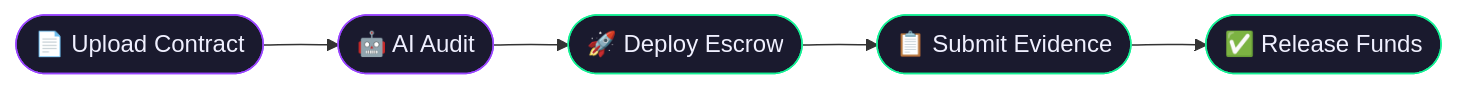
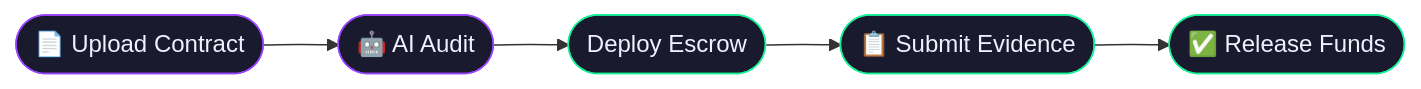
One commit to ContracGuardAI/frontend changed the diagram in docs/README.md. Above: the diagram before and after it, drawn with Mermaid. The commit also changed other lines of this file and 6 other files, not shown here.

````diff
--- a/docs/README.md
+++ b/docs/README.md
@@ -37,13 +35,13 @@
 ```mermaid
 flowchart LR
     A([📄 Upload Contract]) --> B([🤖 AI Audit])
-    B --> C([🚀 Deploy Escrow])
+    B --> C([Deploy Escrow])
     C --> D([📋 Submit Evidence])
     D --> E([✅ Release Funds])
 
     style A fill:#1a1a2e,stroke:#9945FF,color:#f0f0ff
     style B fill:#1a1a2e,stroke:#9945FF,color:#f0f0ff
     style C fill:#1a1a2e,stroke:#14F195,color:#f0f0ff
     style D fill:#1a1a2e,stroke:#14F195,color:#f0f0ff
     style E fill:#1a1a2e,stroke:#14F195,color:#f0f0ff
 ```
````
